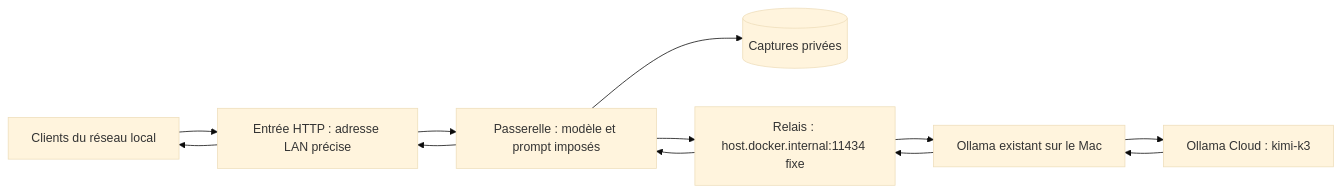
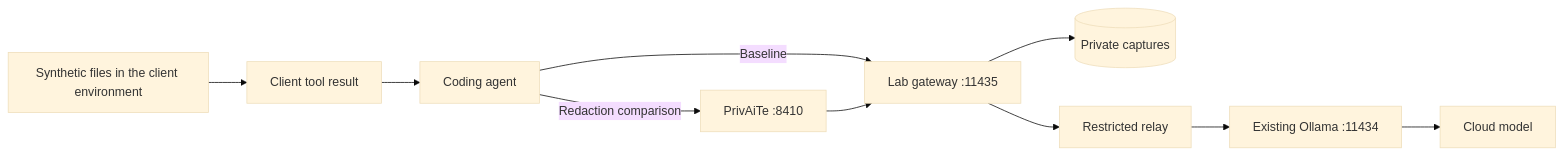
The diagram in README.md (crp4222/ollama-honeypot), drawn with Mermaid (base theme) before and after one commit. The commit also changed other lines of this file and 1 other file, not shown here.

Commit message:
docs: explain the agent data-leak lab and PrivAiTe comparison

````diff
--- a/README.md
+++ b/README.md
@@ -19,10 +60,12 @@
 ```mermaid
 flowchart LR
-  C[Clients du réseau local] --> E[Entrée HTTP : adresse LAN précise]
-  E --> G[Passerelle : modèle et prompt imposés]
-  G --> J[(Captures privées)]
-  G --> R[Relais : host.docker.internal:11434 fixe]
-  R --> L[Ollama existant sur le Mac]
-  L --> O[Ollama Cloud : kimi-k3]
-  O --> L --> R --> G --> E --> C
+    F[Synthetic files in the client environment] --> T[Client tool result]
+    T --> A[Coding agent]
+    A -->|Baseline| G[Lab gateway :11435]
+    A -->|Redaction comparison| P[PrivAiTe :8410]
+    P --> G
+    G --> C[(Private captures)]
+    G --> R[Restricted relay]
+    R --> O[Existing Ollama :11434]
+    O --> M[Cloud model]
 ```
````
